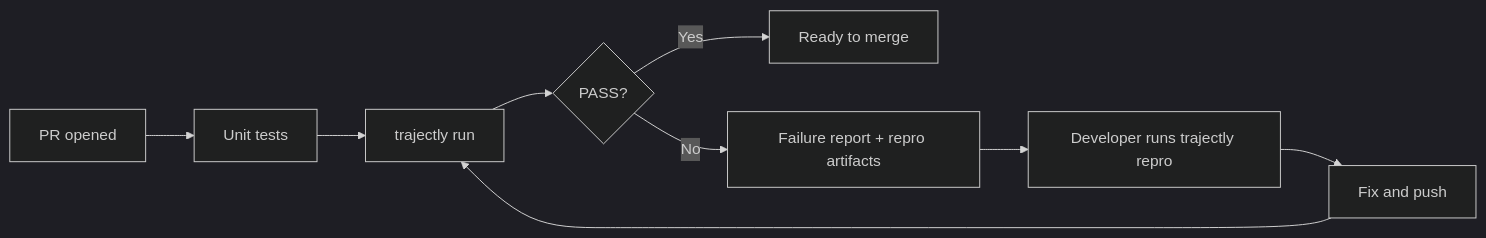
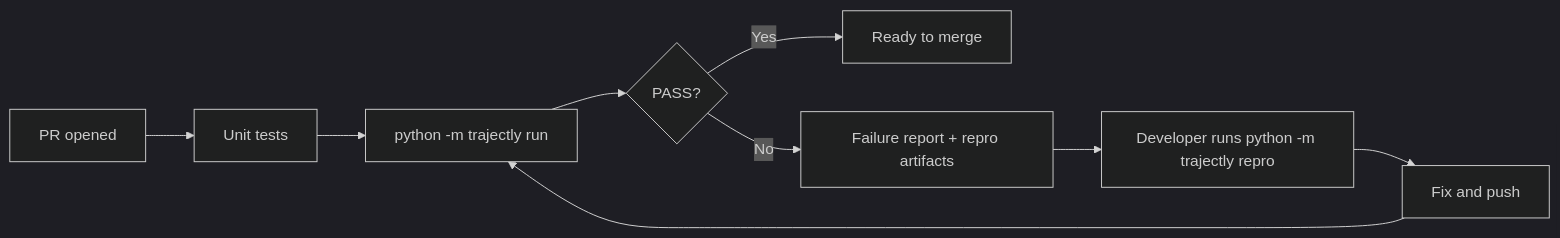
Before and after one commit to trajectly/trajectly: the first of 3 diagrams in docs/trajectly.md, drawn with Mermaid (dark theme). The commit also changed other lines of this file and 4 other files, not shown here.

````diff
--- a/docs/trajectly.md
+++ b/docs/trajectly.md
@@ -155,11 +155,11 @@
 ```mermaid
 flowchart LR
     prOpened["PR opened"] --> unitTests["Unit tests"]
-    unitTests --> trajectlyRun["trajectly run"]
+    unitTests --> trajectlyRun["python -m trajectly run"]
     trajectlyRun --> verdict{"PASS?"}
     verdict -->|Yes| mergeReady["Ready to merge"]
     verdict -->|No| failArtifacts["Failure report + repro artifacts"]
-    failArtifacts --> devRepro["Developer runs trajectly repro"]
+    failArtifacts --> devRepro["Developer runs python -m trajectly repro"]
     devRepro --> fix["Fix and push"]
     fix --> trajectlyRun
 ```
````
